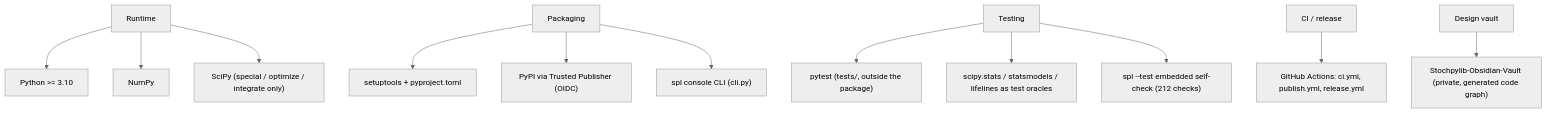
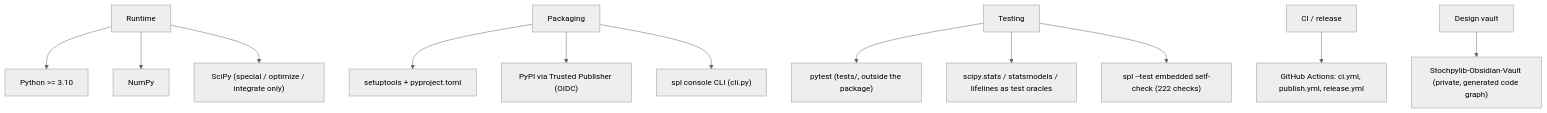
The second of 2 diagrams in README.md (leon1706-lol/Stochpylib), drawn with Mermaid (neutral theme) before and after one commit. The commit also changed other lines of this file and 33 other files, not shown here.

````diff
--- a/README.md
+++ b/README.md
@@ -286,14 +300,14 @@
 ```mermaid
 flowchart TB
     A["Runtime"] --> A1["Python >= 3.10"]
     A --> A2["NumPy"]
     A --> A3["SciPy (special / optimize / integrate only)"]
     B["Packaging"] --> B1["setuptools + pyproject.toml"]
     B --> B2["PyPI via Trusted Publisher (OIDC)"]
     B --> B3["spl console CLI (cli.py)"]
     C["Testing"] --> C1["pytest (tests/, outside the package)"]
     C --> C2["scipy.stats / statsmodels / lifelines as test oracles"]
-    C --> C3["spl --test embedded self-check (212 checks)"]
+    C --> C3["spl --test embedded self-check (222 checks)"]
     D["CI / release"] --> D1["GitHub Actions: ci.yml, publish.yml, release.yml"]
     E["Design vault"] --> E1["Stochpylib-Obsidian-Vault (private, generated code graph)"]
 ```
````
